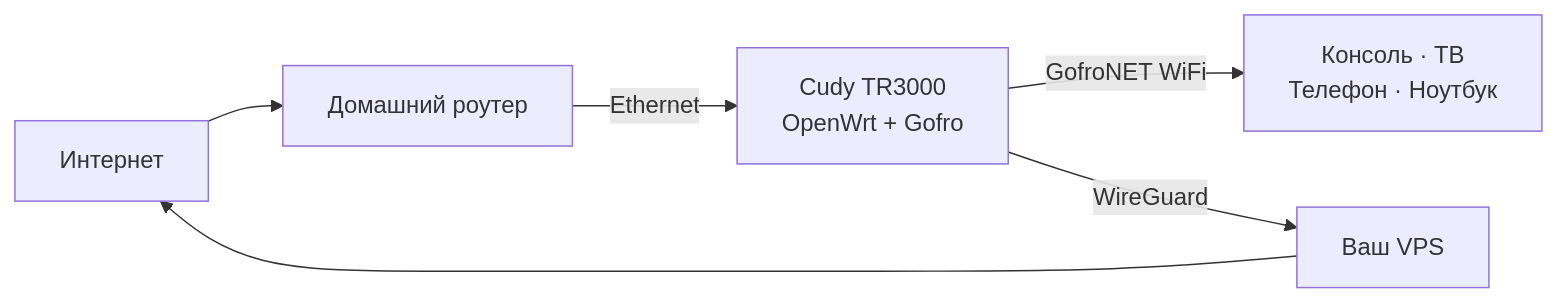
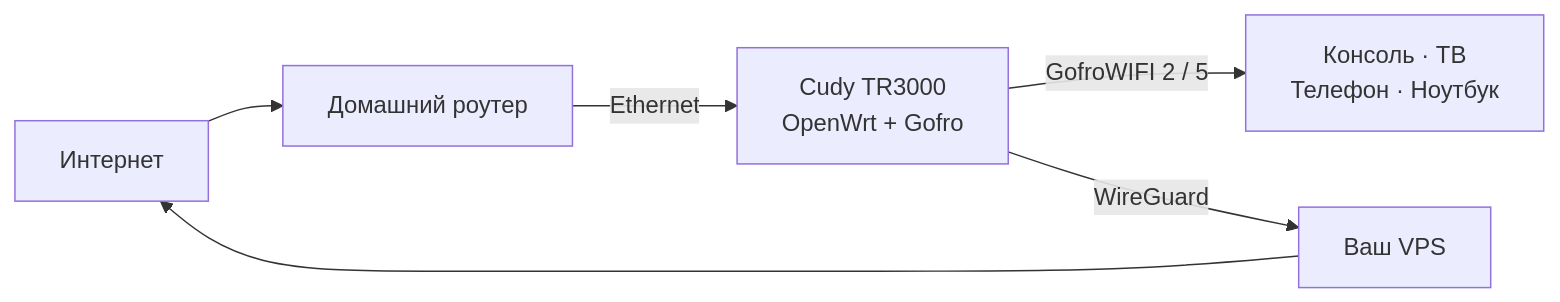
The diagram in README.md (gofronet/gofro-router), drawn with Mermaid before and after one commit. The commit also changed other lines of this file and 18 other files, not shown here.

````diff
--- a/README.md
+++ b/README.md
@@ -64,8 +65,8 @@
 ```mermaid
 flowchart LR
     INTERNET[Интернет] --> HOME[Домашний роутер]
     HOME -->|Ethernet| GOFRO[Cudy TR3000<br>OpenWrt + Gofro]
-    GOFRO -->|GofroNET WiFi| DEVICES[Консоль · ТВ<br>Телефон · Ноутбук]
+    GOFRO -->|GofroWIFI 2 / 5| DEVICES[Консоль · ТВ<br>Телефон · Ноутбук]
     GOFRO -->|WireGuard| VPS[Ваш VPS]
     VPS --> INTERNET
 ```
````
